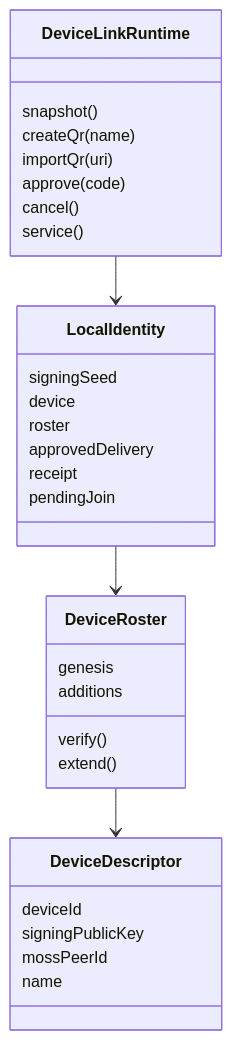
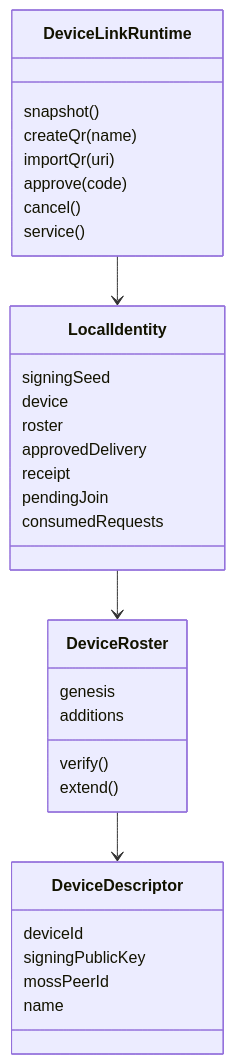
Before and after one commit to redstone-md/mosh-flutter: the first of 3 diagrams in docs/ADR/0029-private-desktop-device-linking.md, drawn with Mermaid. The commit also changed other lines of this file and 12 other files, not shown here.

````diff
--- a/docs/ADR/0029-private-desktop-device-linking.md
+++ b/docs/ADR/0029-private-desktop-device-linking.md
@@ -14,34 +14,35 @@
 ```mermaid
 classDiagram
     class DeviceLinkRuntime {
         snapshot()
         createQr(name)
         importQr(uri)
         approve(code)
         cancel()
         service()
     }
     class LocalIdentity {
         signingSeed
         device
         roster
         approvedDelivery
         receipt
         pendingJoin
+        consumedRequests
     }
     class DeviceRoster {
         genesis
         additions
         verify()
         extend()
     }
     class DeviceDescriptor {
         deviceId
         signingPublicKey
         mossPeerId
         name
     }
     DeviceLinkRuntime --> LocalIdentity
     LocalIdentity --> DeviceRoster
     DeviceRoster --> DeviceDescriptor
 ```
````
